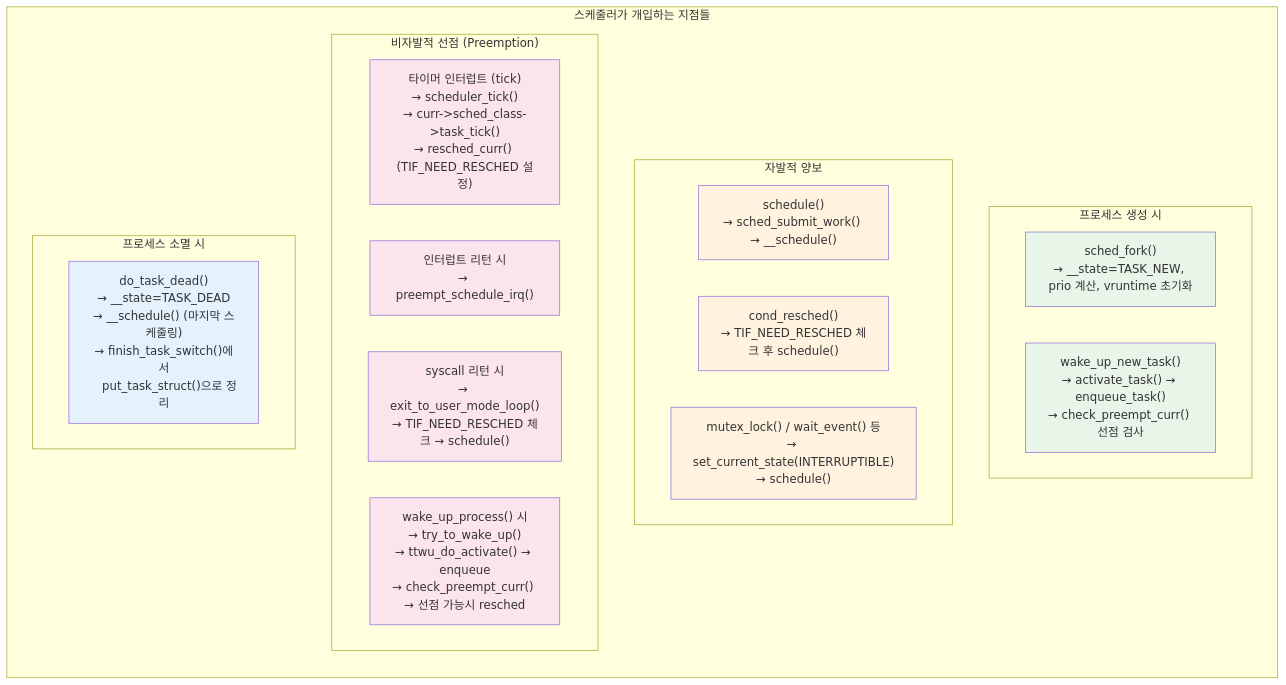
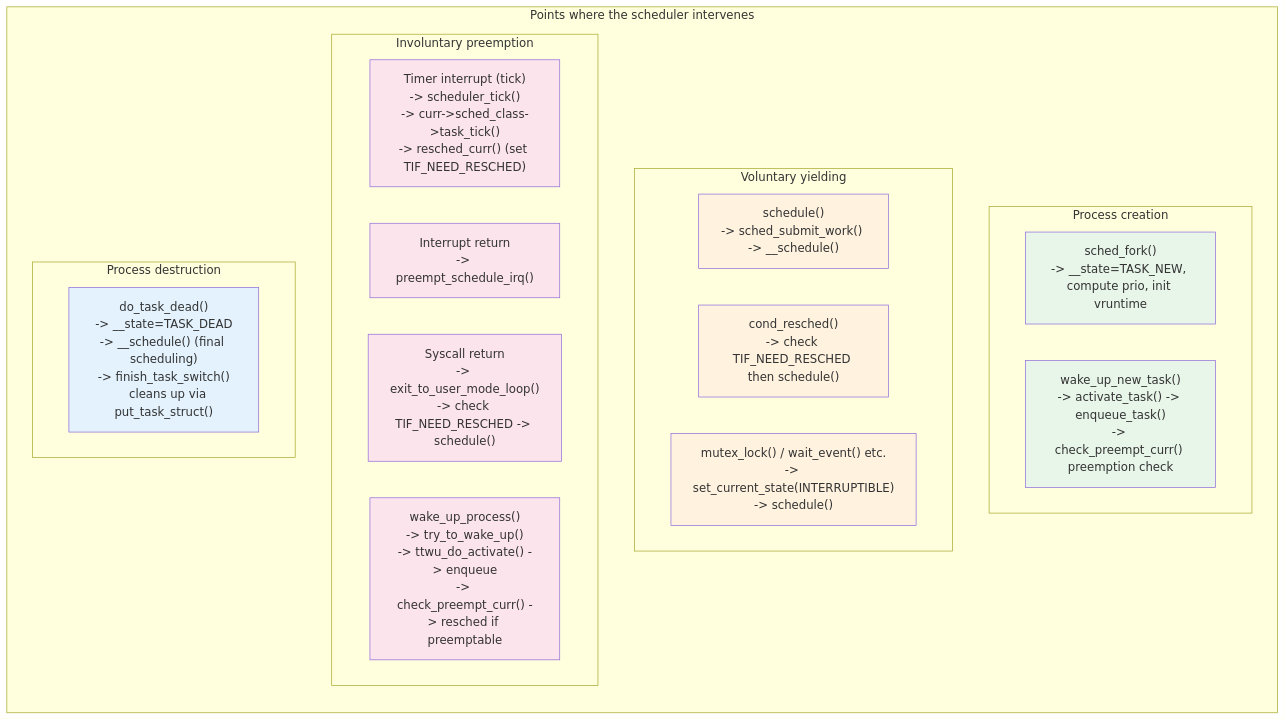
Before and after one commit to inineapa/KernelDoc: the seventh of 11 diagrams in process.md, drawn with Mermaid. The commit also changed other lines of this file, not shown here.

First line of the commit message:
Rewrite process.md: translate to English and expand termination coverage

````diff
--- a/process.md
+++ b/process.md
@@ -326,39 +401,39 @@
 ```mermaid
 graph TB
-    subgraph "스케줄러가 개입하는 지점들"
+    subgraph "Points where the scheduler intervenes"
         direction TB
 
-        subgraph "프로세스 생성 시"
-            C1["sched_fork()<br/>→ __state=TASK_NEW, prio 계산, vruntime 초기화"]
-            C2["wake_up_new_task()<br/>→ activate_task() → enqueue_task()<br/>→ check_preempt_curr() 선점 검사"]
+        subgraph "Process creation"
+            C1["sched_fork()<br/>-> __state=TASK_NEW, compute prio, init vruntime"]
+            C2["wake_up_new_task()<br/>-> activate_task() -> enqueue_task()<br/>-> check_preempt_curr() preemption check"]
         end
 
-        subgraph "자발적 양보"
-            V1["schedule()<br/>→ sched_submit_work() → __schedule()"]
-            V2["cond_resched()<br/>→ TIF_NEED_RESCHED 체크 후 schedule()"]
-            V3["mutex_lock() / wait_event() 등<br/>→ set_current_state(INTERRUPTIBLE)<br/>→ schedule()"]
+        subgraph "Voluntary yielding"
+            V1["schedule()<br/>-> sched_submit_work() -> __schedule()"]
+            V2["cond_resched()<br/>-> check TIF_NEED_RESCHED then schedule()"]
+            V3["mutex_lock() / wait_event() etc.<br/>-> set_current_state(INTERRUPTIBLE)<br/>-> schedule()"]
         end
 
-        subgraph "비자발적 선점 (Preemption)"
-            P1["타이머 인터럽트 (tick)<br/>→ scheduler_tick()<br/>→ curr->sched_class->task_tick()<br/>→ resched_curr() (TIF_NEED_RESCHED 설정)"]
-            P2["인터럽트 리턴 시<br/>→ preempt_schedule_irq()"]
-            P3["syscall 리턴 시<br/>→ exit_to_user_mode_loop()<br/>→ TIF_NEED_RESCHED 체크 → schedule()"]
-            P4["wake_up_process() 시<br/>→ try_to_wake_up()<br/>→ ttwu_do_activate() → enqueue<br/>→ check_preempt_curr() → 선점 가능시 resched"]
+        subgraph "Involuntary preemption"
+            P1["Timer interrupt (tick)<br/>-> scheduler_tick()<br/>-> curr->sched_class->task_tick()<br/>-> resched_curr() (set TIF_NEED_RESCHED)"]
+            P2["Interrupt return<br/>-> preempt_schedule_irq()"]
+            P3["Syscall return<br/>-> exit_to_user_mode_loop()<br/>-> check TIF_NEED_RESCHED -> schedule()"]
+            P4["wake_up_process()<br/>-> try_to_wake_up()<br/>-> ttwu_do_activate() -> enqueue<br/>-> check_preempt_curr() -> resched if preemptable"]
         end
 
-        subgraph "프로세스 소멸 시"
-            D1["do_task_dead()<br/>→ __state=TASK_DEAD<br/>→ __schedule() (마지막 스케줄링)<br/>→ finish_task_switch()에서<br/>   put_task_struct()으로 정리"]
+        subgraph "Process destruction"
+            D1["do_task_dead()<br/>-> __state=TASK_DEAD<br/>-> __schedule() (final scheduling)<br/>-> finish_task_switch()<br/>   cleans up via put_task_struct()"]
         end
     end
 
     style C1 fill:#e8f5e9
     style C2 fill:#e8f5e9
     style V1 fill:#fff3e0
     style V2 fill:#fff3e0
     style V3 fill:#fff3e0
     style P1 fill:#fce4ec
     style P2 fill:#fce4ec
     style P3 fill:#fce4ec
     style P4 fill:#fce4ec
     style D1 fill:#e3f2fd
 ```
````
